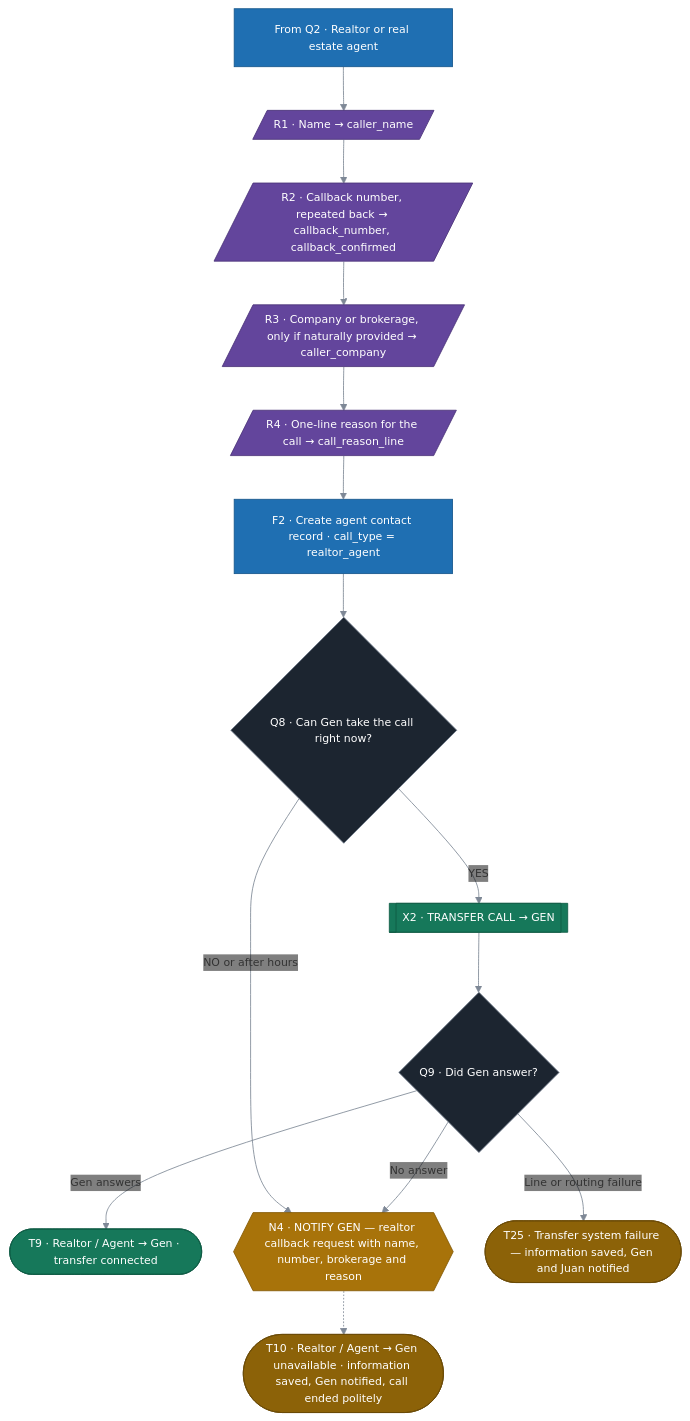
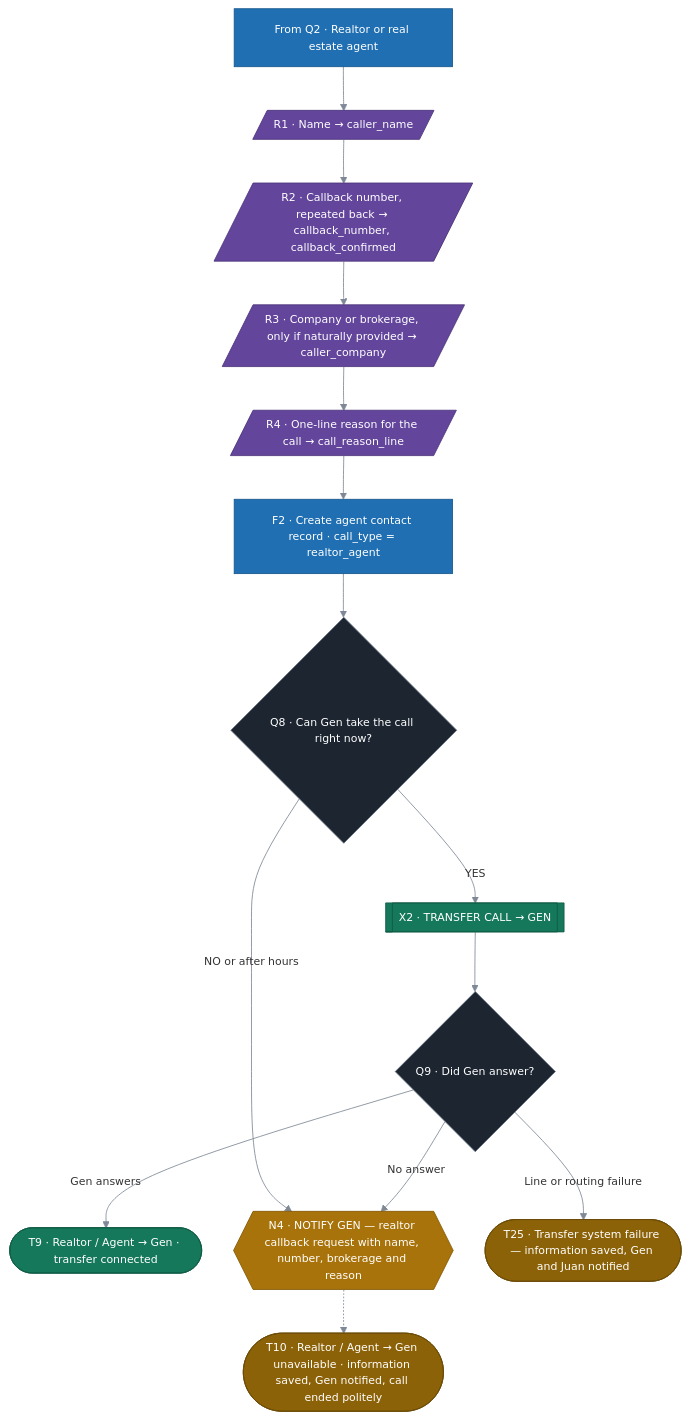
The fourth of 7 diagrams in docs/inbound-call-flow-v2.md (rosanes-cmyk/Ai-agent), drawn with Mermaid before and after one commit. The commit also changed other lines of this file and 8 other files, not shown here.

First line of the commit message:
Add inbound call flow v2.1 flowchart

````diff
--- a/docs/inbound-call-flow-v2.md
+++ b/docs/inbound-call-flow-v2.md
@@ -164,32 +178,32 @@
 ```mermaid
-%%{init: {"theme":"base","themeVariables":{"fontFamily":"Archivo, ui-sans-serif, sans-serif","fontSize":"13px","lineColor":"#7E8896","textColor":"#7E8896","edgeLabelBackground":"transparent"},"flowchart":{"curve":"basis","nodeSpacing":38,"rankSpacing":52,"useMaxWidth":true}}}%%
+%%{init: {"theme":"base","themeVariables":{"fontFamily":"Archivo, ui-sans-serif, sans-serif","fontSize":"13px","lineColor":"#7E8896","textColor":"#7E8896","edgeLabelBackground":"transparent"},"flowchart":{"htmlLabels":false,"curve":"basis","nodeSpacing":38,"rankSpacing":52,"useMaxWidth":true}}}%%
 flowchart TD
   IN["From Q2 · Realtor or real estate agent"]:::action
   R1[/"R1 · Name → caller_name"/]:::extract
   R2[/"R2 · Callback number, repeated back → callback_number, callback_confirmed"/]:::extract
   R3[/"R3 · Company or brokerage, only if naturally provided → caller_company"/]:::extract
   R4[/"R4 · One-line reason for the call → call_reason_line"/]:::extract
   F2["F2 · Create agent contact record · call_type = realtor_agent"]:::action
   Q8{"Q8 · Can Gen take the call right now?"}:::decision
   X2[["X2 · TRANSFER CALL → GEN"]]:::success
   Q9{"Q9 · Did Gen answer?"}:::decision
   T9(["T9 · Realtor / Agent → Gen · transfer connected"]):::success
   N4{{"N4 · NOTIFY GEN — realtor callback request with name, number, brokerage and reason"}}:::notify
   T10(["T10 · Realtor / Agent → Gen unavailable · information saved, Gen notified, call ended politely"]):::notifyEnd
   T25(["T25 · Transfer system failure — information saved, Gen and Juan notified"]):::notifyEnd
 
   IN --> R1 --> R2 --> R3 --> R4 --> F2 --> Q8
   Q8 -->|"YES"| X2 --> Q9
   Q8 -->|"NO or after hours"| N4
   Q9 -->|"Gen answers"| T9
   Q9 -->|"No answer"| N4
   Q9 -->|"Line or routing failure"| T25
   N4 -.-> T10
 
   classDef action fill:#1F6FB2,stroke:#17578C,color:#FFFFFF
   classDef decision fill:#1C2530,stroke:#6B7787,color:#FFFFFF
   classDef success fill:#16785A,stroke:#0F5B45,color:#FFFFFF
   classDef notify fill:#A8730A,stroke:#835A07,color:#FFFFFF
   classDef notifyEnd fill:#8C6208,stroke:#6B4B06,color:#FFFFFF
   classDef extract fill:#63459C,stroke:#4C3479,color:#FFFFFF
 ```
````
